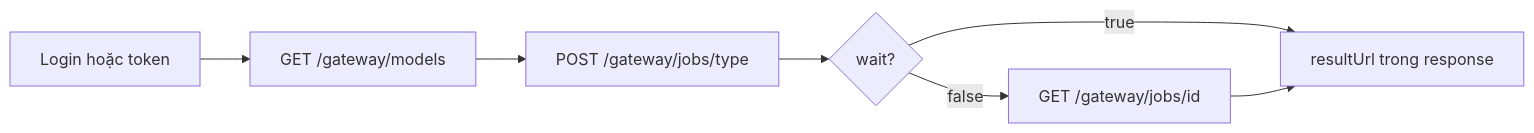
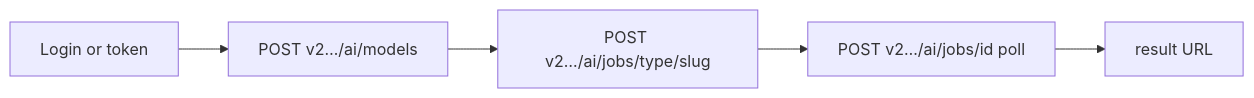
One commit to bruno-hao97/ai-gateway changed the diagram in docs/vi/cookbook/agent-http-flow.md. Above: the diagram before and after it, drawn with Mermaid. The commit also changed other lines of this file and 109 other files, not shown here.

````diff
--- a/docs/vi/cookbook/agent-http-flow.md
+++ b/docs/vi/cookbook/agent-http-flow.md
@@ -12,9 +12,7 @@
 ```mermaid
 flowchart LR
-  A[Login hoặc token] --> B[GET /gateway/models]
-  B --> C[POST /gateway/jobs/type]
-  C --> D{wait?}
-  D -->|true| E[resultUrl trong response]
-  D -->|false| F[GET /gateway/jobs/id]
-  F --> E
+  A[Login or token] --> B[POST v2…/ai/models]
+  B --> C[POST v2…/ai/jobs/type/slug]
+  C --> D[POST v2…/ai/jobs/id poll]
+  D --> E[result URL]
 ```
````
